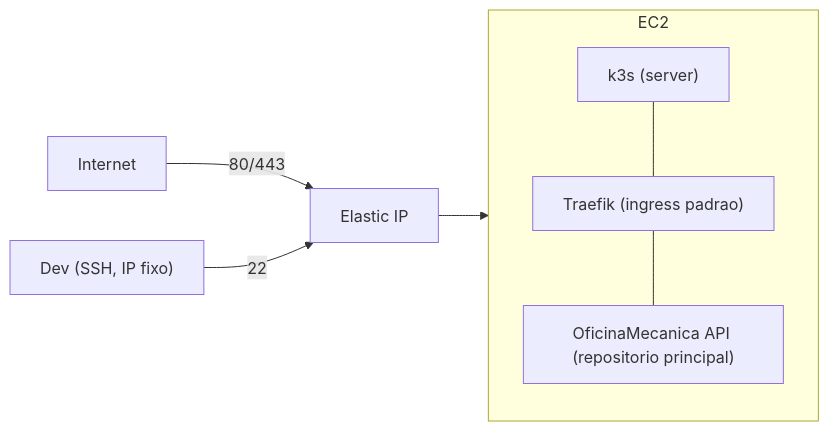
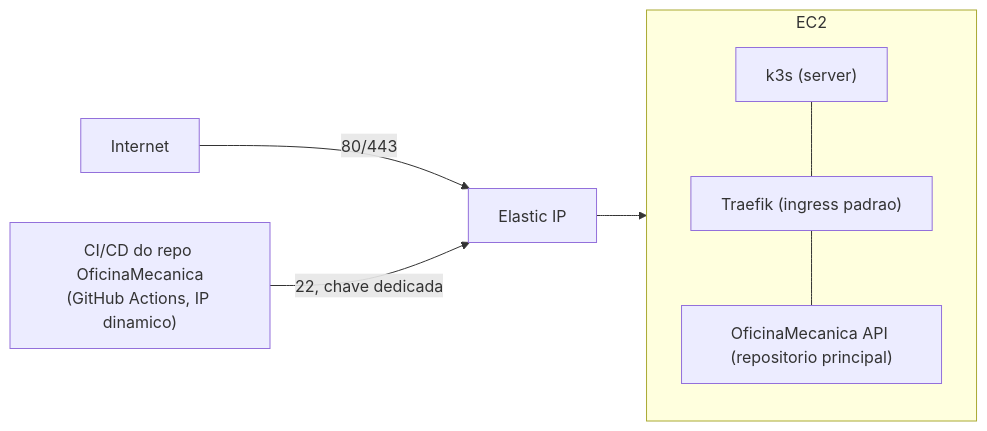
The diagram in README.md (konrath9/oficina-mecanica-infra-k8s), drawn with Mermaid before and after one commit. The commit also changed other lines of this file and 2 other files, not shown here.

First line of the commit message:
feat: abre SSH para deploy via CI/CD e sobe instancia para t3.small

````diff
--- a/README.md
+++ b/README.md
@@ -15,12 +15,12 @@
 ```mermaid
 flowchart LR
   Internet -->|80/443| EIP[Elastic IP]
-  Dev["Dev (SSH, IP fixo)"] -->|22| EIP
+  CI["CI/CD do repo OficinaMecanica<br/>(GitHub Actions, IP dinamico)"] -->|22, chave dedicada| EIP
   EIP --> EC2["EC2 t3.micro"]
   subgraph EC2
     K3s["k3s (server)"]
     Traefik["Traefik (ingress padrao)"]
     App["OficinaMecanica API (repositorio principal)"]
   end
   K3s --- Traefik --- App
 ```
````
